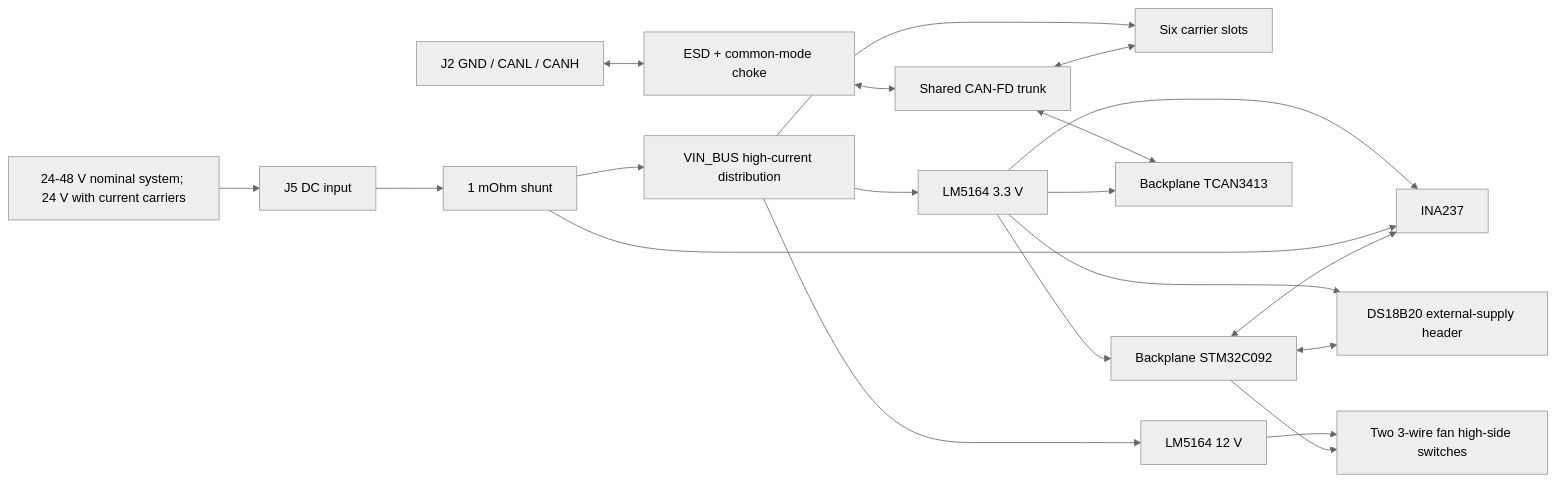
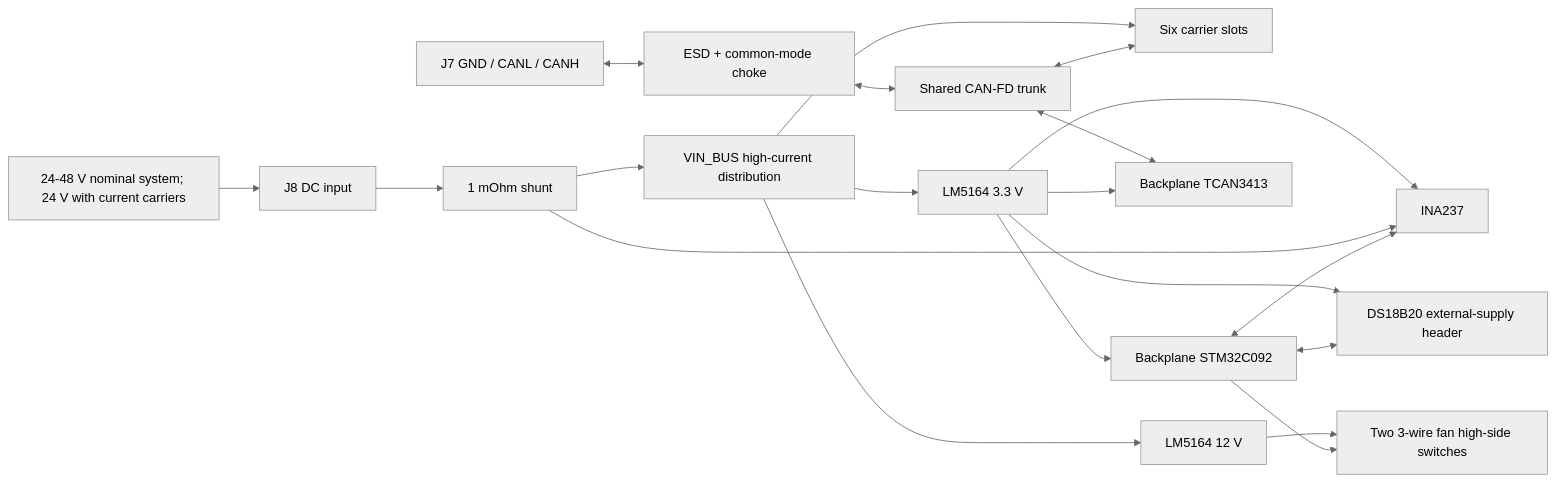
Before and after one commit to kquinsland/modular-rack-mount-power-system: the diagram in docs/system-overview.md, drawn with Mermaid (neutral theme). The commit also changed other lines of this file and 91 other files, not shown here.

````diff
--- a/docs/system-overview.md
+++ b/docs/system-overview.md
@@ -8,24 +8,24 @@
 ```mermaid
 flowchart LR
-    supply["24-48 V nominal system; 24 V with current carriers"] --> input[J5 DC input]
+    supply["24-48 V nominal system; 24 V with current carriers"] --> input[J8 DC input]
     input --> shunt[1 mOhm shunt]
     shunt --> bus[VIN_BUS high-current distribution]
     bus --> slots[Six carrier slots]
     bus --> buck3[LM5164 3.3 V]
     bus --> buck12[LM5164 12 V]
 
-    canext[J2 GND / CANL / CANH] <--> protection[ESD + common-mode choke]
+    canext[J7 GND / CANL / CANH] <--> protection[ESD + common-mode choke]
     protection <--> canbus[Shared CAN-FD trunk]
     canbus <--> phy[Backplane TCAN3413]
     canbus <--> slots
 
     buck3 --> mcu[Backplane STM32C092]
     buck3 --> monitor[INA237]
     buck3 --> phy
     shunt --> monitor
     mcu <--> monitor
     buck3 --> temp[DS18B20 external-supply header]
     mcu <--> temp
     buck12 --> fans[Two 3-wire fan high-side switches]
     mcu --> fans
 ```
````
